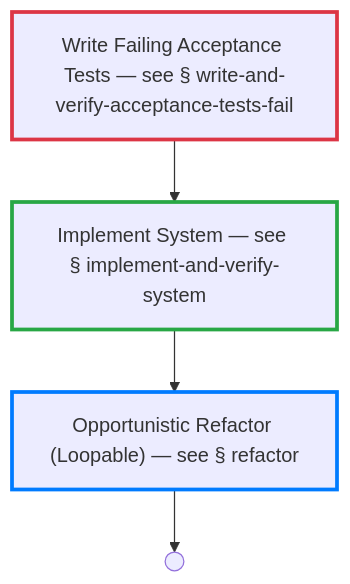
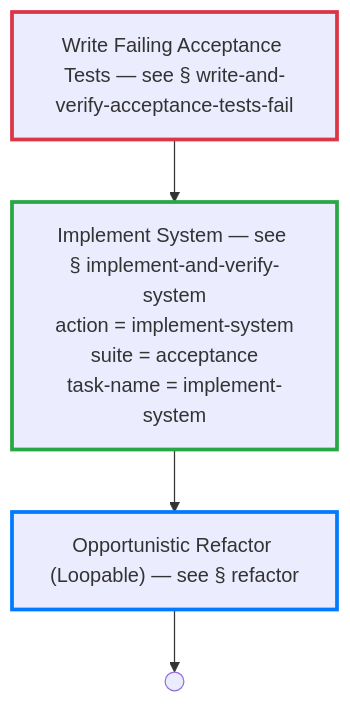
Before and after one commit to optivem/gh-optivem: the seventh of 51 diagrams in docs/process-diagram.md, drawn with Mermaid. The commit also changed other lines of this file and 3 other files, not shown here.

````diff
--- a/docs/process-diagram.md
+++ b/docs/process-diagram.md
@@ -167,20 +167,20 @@
 ```mermaid
 flowchart TD
+    WRITE_AND_VERIFY_ACCEPTANCE_TESTS_FAIL[Write Failing Acceptance Tests — see § write-and-verify-acceptance-tests-fail]
+    IMPLEMENT_AND_VERIFY_SYSTEM["Implement System — see § implement-and-verify-system<br/>action = implement-system<br/>suite = acceptance<br/>task-name = implement-system"]
+    REFACTOR_OPPORTUNISTICALLY["Opportunistic Refactor (Loopable) — see § refactor"]
     CHANGE_SYSTEM_BEHAVIOR_END(( ))
-    IMPLEMENT_AND_VERIFY_SYSTEM[Implement System — see § implement-and-verify-system]
-    REFACTOR_OPPORTUNISTICALLY["Opportunistic Refactor (Loopable) — see § refactor"]
-    WRITE_AND_VERIFY_ACCEPTANCE_TESTS_FAIL[Write Failing Acceptance Tests — see § write-and-verify-acceptance-tests-fail]
 
     WRITE_AND_VERIFY_ACCEPTANCE_TESTS_FAIL --> IMPLEMENT_AND_VERIFY_SYSTEM
     IMPLEMENT_AND_VERIFY_SYSTEM --> REFACTOR_OPPORTUNISTICALLY
     REFACTOR_OPPORTUNISTICALLY --> CHANGE_SYSTEM_BEHAVIOR_END
 
     classDef tddRedNode stroke:#dc3545,stroke-width:3px
     class WRITE_AND_VERIFY_ACCEPTANCE_TESTS_FAIL tddRedNode
 
     classDef tddGreenNode stroke:#28a745,stroke-width:3px
     class IMPLEMENT_AND_VERIFY_SYSTEM tddGreenNode
 
     classDef tddRefactorNode stroke:#007bff,stroke-width:3px
     class REFACTOR_OPPORTUNISTICALLY tddRefactorNode
 ```
````
